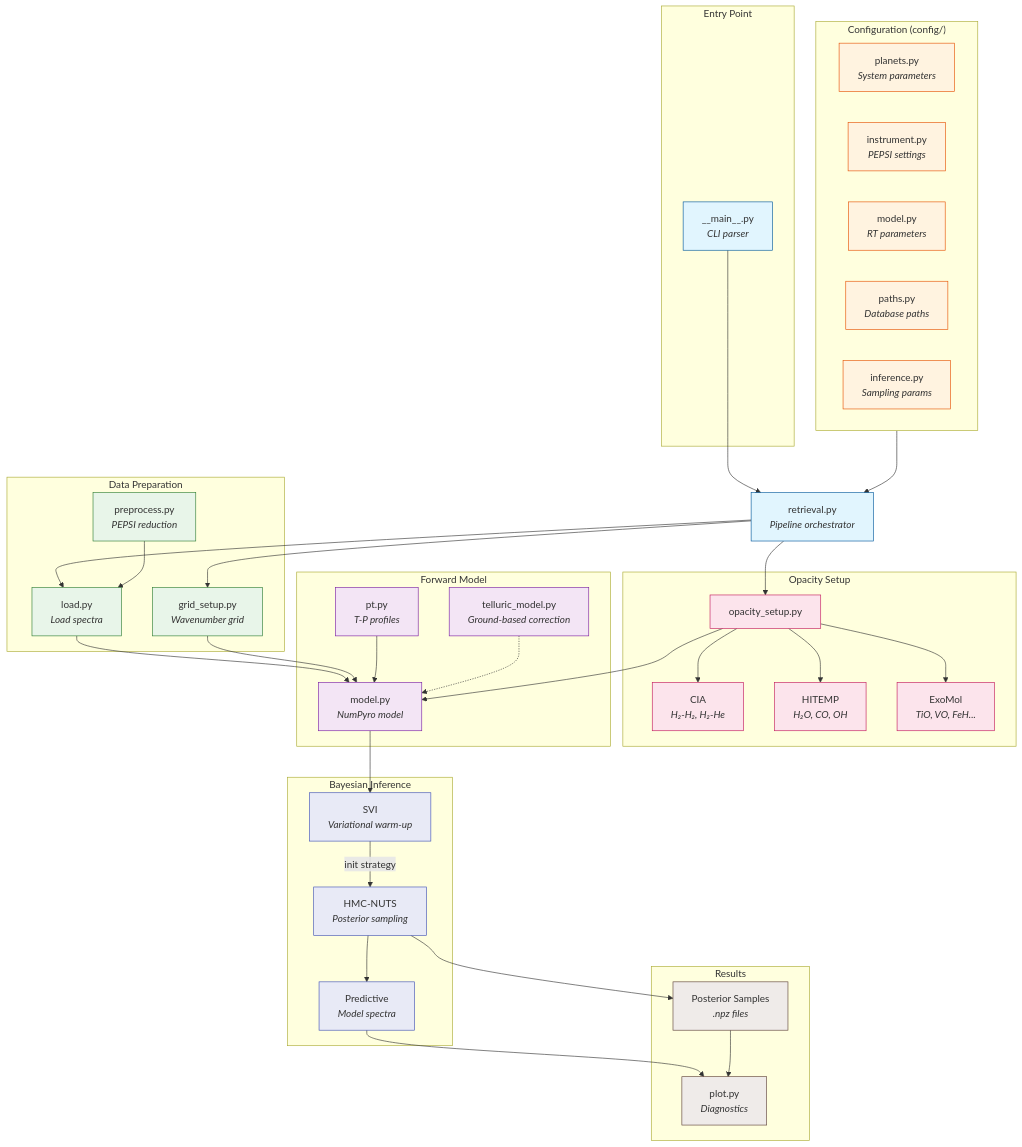
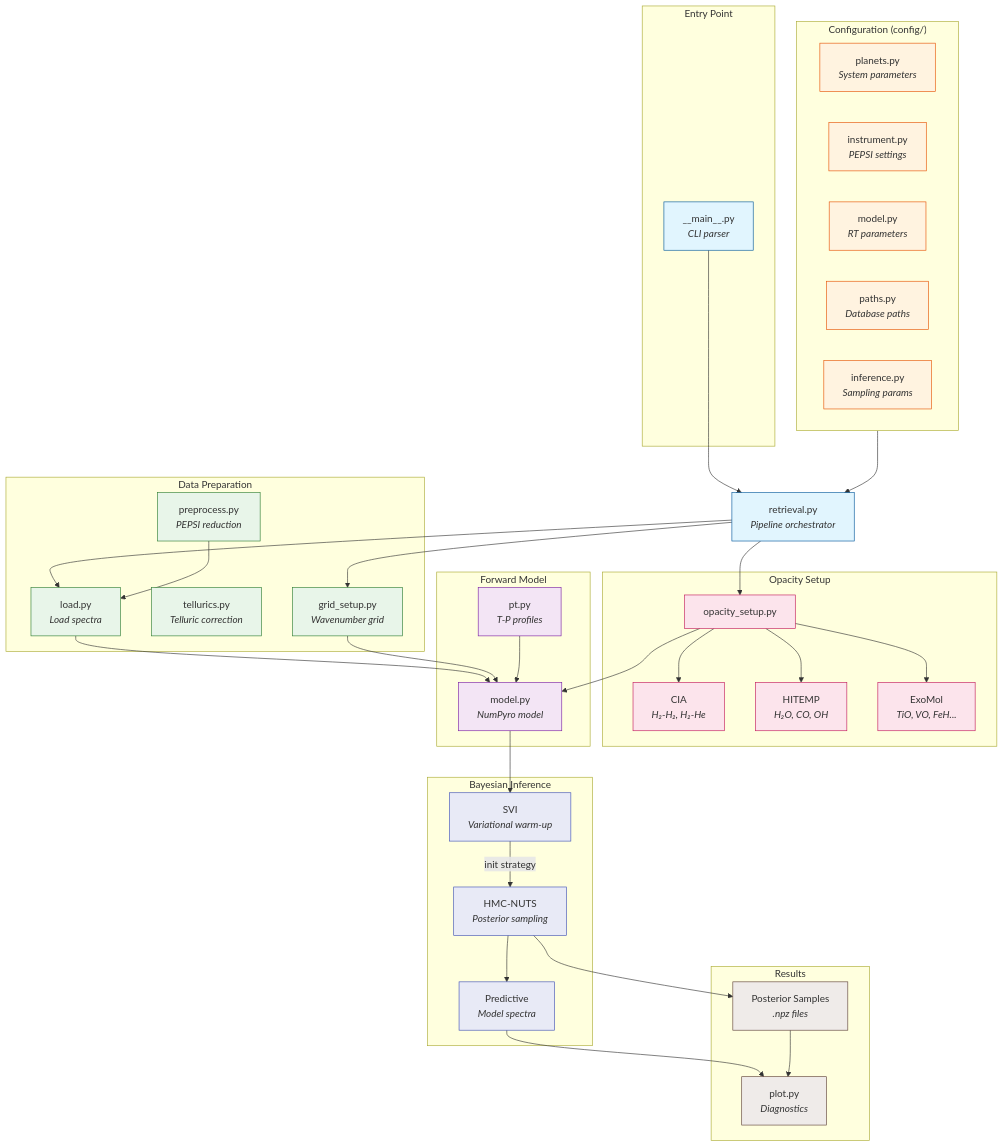
One commit to calderlen/atmo-retrieval changed the diagram in README.md. Above: the diagram before and after it, drawn with Mermaid. The commit also changed other lines of this file and 10 other files, not shown here.

````diff
--- a/README.md
+++ b/README.md
@@ -19,6 +19,7 @@
     subgraph DataPrep["Data Preparation"]
         load["load.py<br/><i>Load spectra</i>"]
         preprocess["preprocess.py<br/><i>PEPSI reduction</i>"]
+        tellurics["tellurics.py<br/><i>Telluric correction</i>"]
         grid["grid_setup.py<br/><i>Wavenumber grid</i>"]
     end
 
@@ -32,7 +33,6 @@
     subgraph Forward["Forward Model"]
         model["model.py<br/><i>NumPyro model</i>"]
         pt["pt.py<br/><i>T-P profiles</i>"]
-        telluric["telluric_model.py<br/><i>Ground-based correction</i>"]
     end
 
     subgraph Inference["Bayesian Inference"]
@@ -63,7 +63,6 @@
     grid --> model
     opa_setup --> model
     pt --> model
-    telluric -.-> model
 
     model --> svi
     svi -->|"init strategy"| mcmc
@@ -84,9 +83,9 @@
 
     class main,retrieval entry
     class planets,instrument,model_cfg,paths,inf_cfg config
-    class load,preprocess,grid data
+    class load,preprocess,tellurics,grid data
     class opa_setup,cia,hitemp,exomol opacity
-    class model,pt,telluric forward
+    class model,pt forward
     class svi,mcmc,pred inference
     class posterior,plots output
 ```
````
